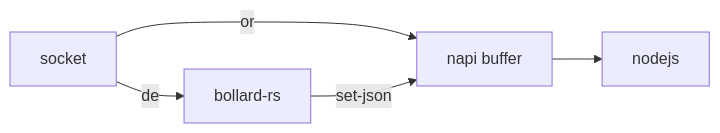
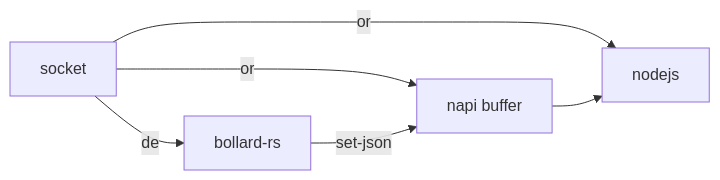
Before and after one commit to bxb100/bollard-js: the second of 2 diagrams in README.md, drawn with Mermaid.

````diff
--- a/README.md
+++ b/README.md
@@ -30,7 +30,8 @@
 ```mermaid
 flowchart LR
     socket -- de --> bollard-rs
     socket -- or --> napi-rs
+    socket -- or --> nodejs
     bollard-rs -- set-json --> napi-rs[napi buffer]
     napi-rs --> nodejs
 ```
````
